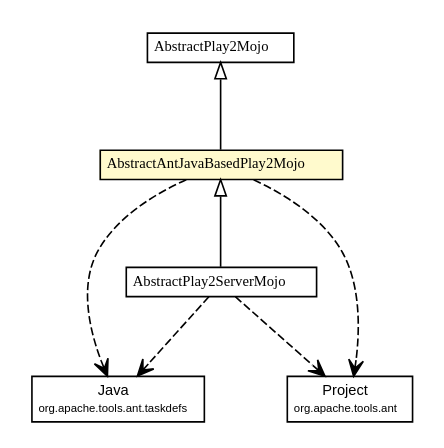
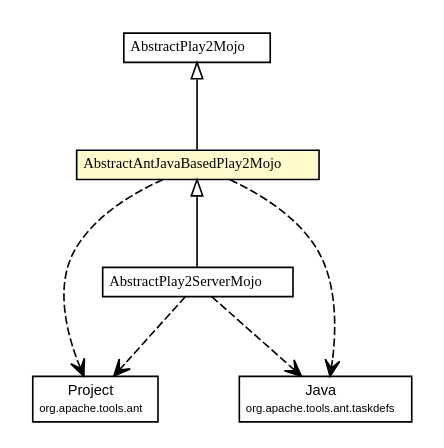
The diagram in play2-maven-plugin/1.0.0-beta6-SNAPSHOT/play2-maven-plugin/apidocs/com/google/code/play2/plugin/AbstractAntJavaBasedPlay2Mojo.dot (play2-maven-plugin/play2-maven-plugin.github.io), drawn with Graphviz before and after one commit. The commit also changed 577 other files, not shown here.

```diff
--- a/play2-maven-plugin/1.0.0-beta6-SNAPSHOT/play2-maven-plugin/apidocs/com/google/code/play2/plugin/AbstractAntJavaBasedPlay2Mojo.dot
+++ b/play2-maven-plugin/1.0.0-beta6-SNAPSHOT/play2-maven-plugin/apidocs/com/google/code/play2/plugin/AbstractAntJavaBasedPlay2Mojo.dot
@@ -1,56 +1,56 @@
 #!/usr/local/bin/dot
 #
 # Class diagram 
 # Generated by UMLGraph version R5_6-24-gf6e263 (http://www.umlgraph.org/)
 #
 
 digraph G {
 	edge [fontname="arial",fontsize=10,labelfontname="arial",labelfontsize=10];
 	node [fontname="arial",fontsize=10,shape=plaintext];
 	nodesep=0.25;
 	ranksep=0.5;
 	// com.google.code.play2.plugin.AbstractPlay2ServerMojo
 	c107 [label=<<table title="com.google.code.play2.plugin.AbstractPlay2ServerMojo" border="0" cellborder="1" cellspacing="0" cellpadding="2" port="p" href="./AbstractPlay2ServerMojo.html">
 		<tr><td><table border="0" cellspacing="0" cellpadding="1">
 <tr><td align="center" balign="center"><font face="arial italic"> AbstractPlay2ServerMojo </font></td></tr>
 		</table></td></tr>
 		</table>>, URL="./AbstractPlay2ServerMojo.html", fontname="arial", fontcolor="black", fontsize=9.0];
 	// com.google.code.play2.plugin.AbstractPlay2Mojo
 	c116 [label=<<table title="com.google.code.play2.plugin.AbstractPlay2Mojo" border="0" cellborder="1" cellspacing="0" cellpadding="2" port="p" href="./AbstractPlay2Mojo.html">
 		<tr><td><table border="0" cellspacing="0" cellpadding="1">
 <tr><td align="center" balign="center"><font face="arial italic"> AbstractPlay2Mojo </font></td></tr>
 		</table></td></tr>
 		</table>>, URL="./AbstractPlay2Mojo.html", fontname="arial", fontcolor="black", fontsize=9.0];
 	// com.google.code.play2.plugin.AbstractAntJavaBasedPlay2Mojo
 	c128 [label=<<table title="com.google.code.play2.plugin.AbstractAntJavaBasedPlay2Mojo" border="0" cellborder="1" cellspacing="0" cellpadding="2" port="p" bgcolor="lemonChiffon" href="./AbstractAntJavaBasedPlay2Mojo.html">
 		<tr><td><table border="0" cellspacing="0" cellpadding="1">
 <tr><td align="center" balign="center"><font face="arial italic"> AbstractAntJavaBasedPlay2Mojo </font></td></tr>
 		</table></td></tr>
 		</table>>, URL="./AbstractAntJavaBasedPlay2Mojo.html", fontname="arial", fontcolor="black", fontsize=9.0];
 	//com.google.code.play2.plugin.AbstractPlay2ServerMojo extends com.google.code.play2.plugin.AbstractAntJavaBasedPlay2Mojo
 	c128:p -> c107:p [dir=back,arrowtail=empty];
 	//com.google.code.play2.plugin.AbstractAntJavaBasedPlay2Mojo extends com.google.code.play2.plugin.AbstractPlay2Mojo
 	c116:p -> c128:p [dir=back,arrowtail=empty];
+	// com.google.code.play2.plugin.AbstractPlay2ServerMojo DEPEND org.apache.tools.ant.Project
+	c107:p -> c197:p [taillabel="", label="", headlabel="", fontname="arial", fontcolor="black", fontsize=10.0, color="black", arrowhead=open, style=dashed];
 	// com.google.code.play2.plugin.AbstractPlay2ServerMojo DEPEND org.apache.tools.ant.taskdefs.Java
-	c107:p -> c196:p [taillabel="", label="", headlabel="", fontname="arial", fontcolor="black", fontsize=10.0, color="black", arrowhead=open, style=dashed];
-	// com.google.code.play2.plugin.AbstractPlay2ServerMojo DEPEND org.apache.tools.ant.Project
-	c107:p -> c209:p [taillabel="", label="", headlabel="", fontname="arial", fontcolor="black", fontsize=10.0, color="black", arrowhead=open, style=dashed];
+	c107:p -> c215:p [taillabel="", label="", headlabel="", fontname="arial", fontcolor="black", fontsize=10.0, color="black", arrowhead=open, style=dashed];
+	// com.google.code.play2.plugin.AbstractAntJavaBasedPlay2Mojo DEPEND org.apache.tools.ant.Project
+	c128:p -> c197:p [taillabel="", label="", headlabel="", fontname="arial", fontcolor="black", fontsize=10.0, color="black", arrowhead=open, style=dashed];
 	// com.google.code.play2.plugin.AbstractAntJavaBasedPlay2Mojo DEPEND org.apache.tools.ant.taskdefs.Java
-	c128:p -> c196:p [taillabel="", label="", headlabel="", fontname="arial", fontcolor="black", fontsize=10.0, color="black", arrowhead=open, style=dashed];
-	// com.google.code.play2.plugin.AbstractAntJavaBasedPlay2Mojo DEPEND org.apache.tools.ant.Project
-	c128:p -> c209:p [taillabel="", label="", headlabel="", fontname="arial", fontcolor="black", fontsize=10.0, color="black", arrowhead=open, style=dashed];
+	c128:p -> c215:p [taillabel="", label="", headlabel="", fontname="arial", fontcolor="black", fontsize=10.0, color="black", arrowhead=open, style=dashed];
 	// org.apache.tools.ant.Project
-	c209 [label=<<table title="org.apache.tools.ant.Project" border="0" cellborder="1" cellspacing="0" cellpadding="2" port="p" href="http://play2-maven-plugin.github.io/external-apidocs/org/apache/ant/ant/1.9.4/org/apache/tools/ant/Project.html">
+	c197 [label=<<table title="org.apache.tools.ant.Project" border="0" cellborder="1" cellspacing="0" cellpadding="2" port="p" href="http://play2-maven-plugin.github.io/external-apidocs/org/apache/ant/ant/1.9.4/org/apache/tools/ant/Project.html">
 		<tr><td><table border="0" cellspacing="0" cellpadding="1">
 <tr><td align="center" balign="center"> Project </td></tr>
 <tr><td align="center" balign="center"><font point-size="7.0"> org.apache.tools.ant </font></td></tr>
 		</table></td></tr>
 		</table>>, URL="http://play2-maven-plugin.github.io/external-apidocs/org/apache/ant/ant/1.9.4/org/apache/tools/ant/Project.html", fontname="arial", fontcolor="black", fontsize=9.0];
 	// org.apache.tools.ant.taskdefs.Java
-	c196 [label=<<table title="org.apache.tools.ant.taskdefs.Java" border="0" cellborder="1" cellspacing="0" cellpadding="2" port="p" href="http://play2-maven-plugin.github.io/external-apidocs/org/apache/ant/ant/1.9.4/org/apache/tools/ant/taskdefs/Java.html">
+	c215 [label=<<table title="org.apache.tools.ant.taskdefs.Java" border="0" cellborder="1" cellspacing="0" cellpadding="2" port="p" href="http://play2-maven-plugin.github.io/external-apidocs/org/apache/ant/ant/1.9.4/org/apache/tools/ant/taskdefs/Java.html">
 		<tr><td><table border="0" cellspacing="0" cellpadding="1">
 <tr><td align="center" balign="center"> Java </td></tr>
 <tr><td align="center" balign="center"><font point-size="7.0"> org.apache.tools.ant.taskdefs </font></td></tr>
 		</table></td></tr>
 		</table>>, URL="http://play2-maven-plugin.github.io/external-apidocs/org/apache/ant/ant/1.9.4/org/apache/tools/ant/taskdefs/Java.html", fontname="arial", fontcolor="black", fontsize=9.0];
 }
```
